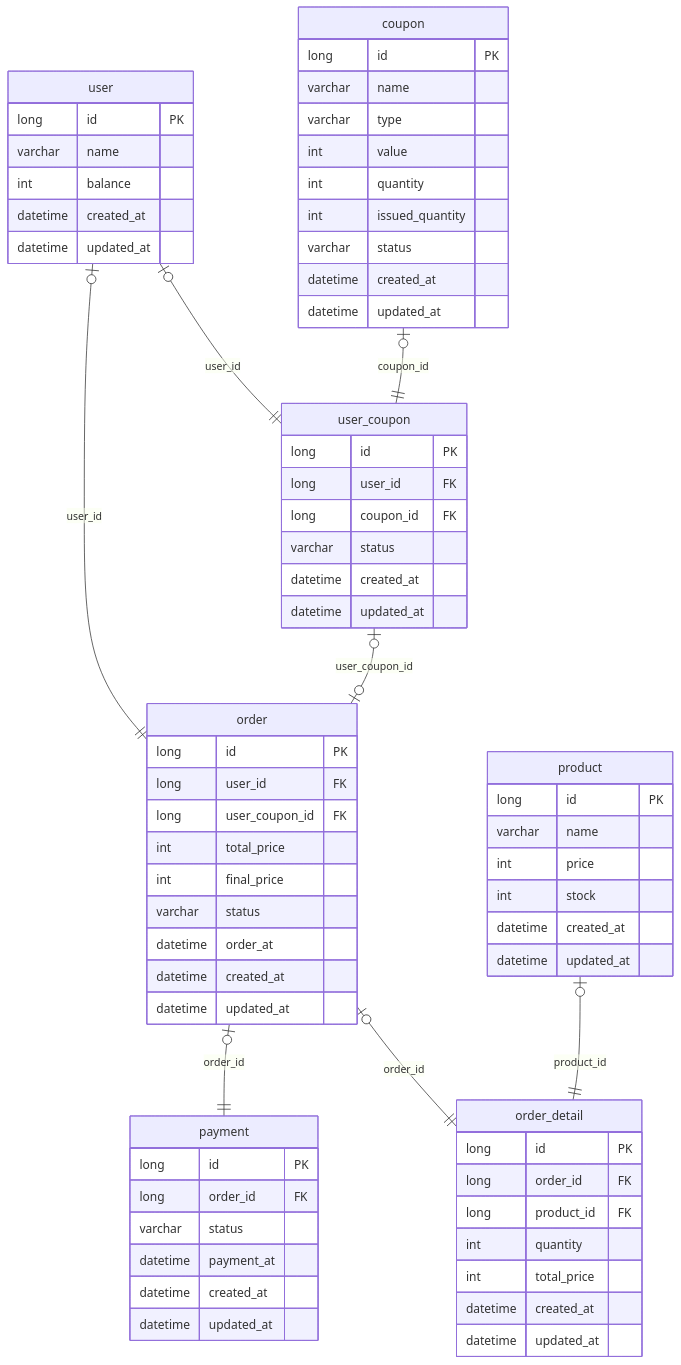
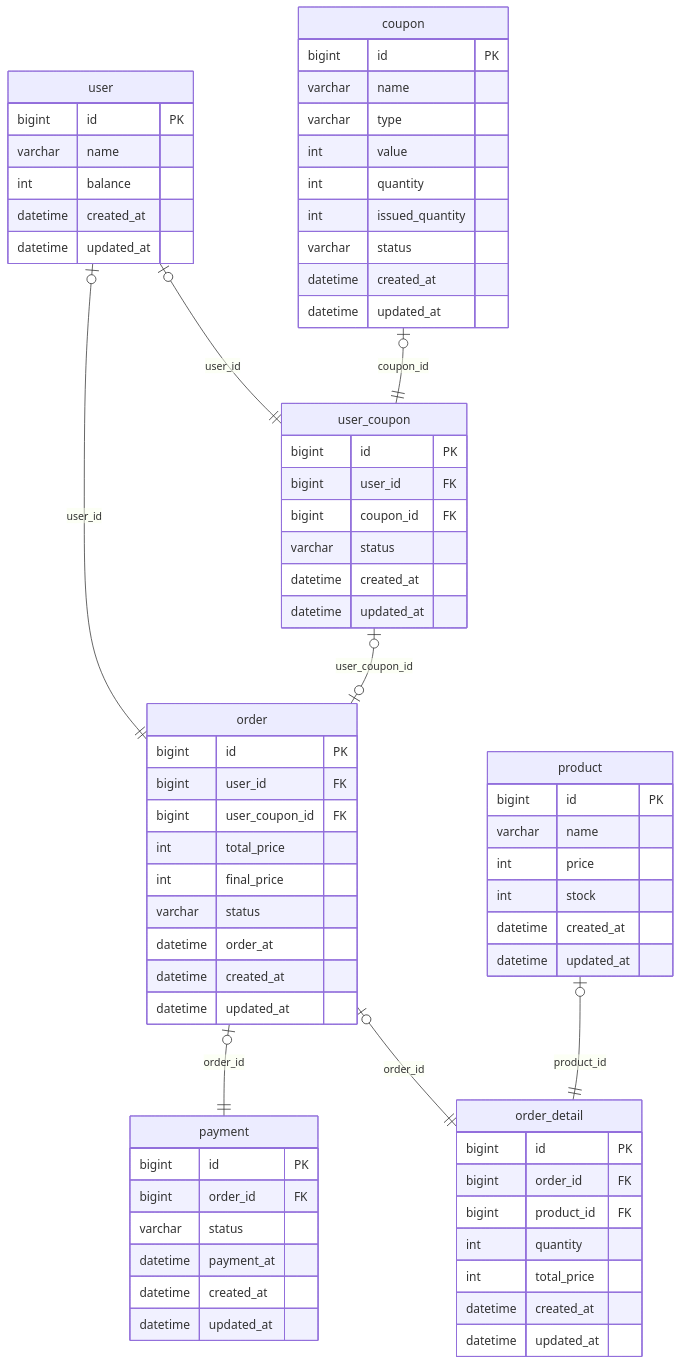
One commit to duddnd11/e-commerce changed the diagram in docs/ERD.md. Above: the diagram before and after it, drawn with Mermaid. The commit also changed other lines of this file, not shown here.

````diff
--- a/docs/ERD.md
+++ b/docs/ERD.md
@@ -3,81 +3,81 @@
 ```mermaid
 erDiagram
     user{
-        long id PK
+        bigint id PK
         varchar name
         int balance
         datetime created_at
         datetime updated_at
     }
 
     product{
-        long id PK
+        bigint id PK
         varchar name
         int price
         int stock
         datetime created_at
         datetime updated_at
     }
 
     order{
-        long id PK
-        long user_id FK
-        long user_coupon_id FK
+        bigint id PK
+        bigint user_id FK
+        bigint user_coupon_id FK
         int total_price
         int final_price
         varchar status
         datetime order_at
         datetime created_at
         datetime updated_at
     }
 
     order_detail{
-        long id PK
-        long order_id FK
-        long product_id FK
+        bigint id PK
+        bigint order_id FK
+        bigint product_id FK
         int quantity
         int total_price
         datetime created_at
         datetime updated_at
     }
 
     payment{
-        long id PK
-        long order_id FK
+        bigint id PK
+        bigint order_id FK
         varchar status
         datetime payment_at
         datetime created_at
         datetime updated_at
     }
 
     coupon{
-        long id PK
+        bigint id PK
         varchar name
         varchar type
         int value
         int quantity
         int issued_quantity
         varchar status
         datetime created_at
         datetime updated_at
     }
 
     user_coupon{
-        long id PK
-        long user_id FK
-        long coupon_id FK
+        bigint id PK
+        bigint user_id FK
+        bigint coupon_id FK
         varchar status
         datetime created_at
         datetime updated_at
     }
 
 
 %% Relationships %%
     user |o--|| order : "user_id"
     user |o--|| user_coupon : "user_id"
     order |o--|| payment : "order_id"
     order |o--|| order_detail : "order_id"
     product |o--|| order_detail : "product_id"
     coupon |o--|| user_coupon : "coupon_id"
     user_coupon |o--o| order : "user_coupon_id"
 ```
````
